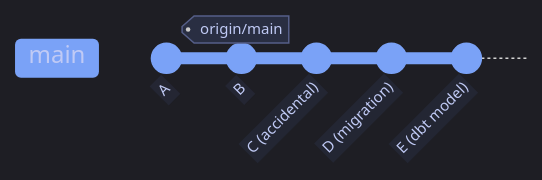
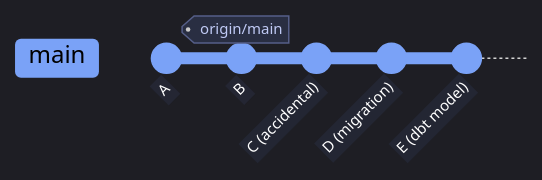
The third of 12 diagrams in content/08-Git/git-problems.md (alp78/elysium), drawn with Mermaid before and after one commit. The commit also changed other lines of this file and 64 other files, not shown here.

````diff
--- a/content/08-Git/git-problems.md
+++ b/content/08-Git/git-problems.md
@@ -399,16 +403,18 @@
 ```mermaid
 %%{init: {'theme': 'dark', 'themeVariables': {
   'git0': '#7aa2f7', 'git1': '#9ece6a', 'git2': '#e0af68', 'git3': '#f7768e',
   'git4': '#bb9af7', 'git5': '#7dcfff', 'git6': '#73daca', 'git7': '#ff9e64',
-  'gitBranchLabel0': '#c0caf5', 'gitBranchLabel1': '#c0caf5',
-  'gitBranchLabel2': '#c0caf5', 'gitBranchLabel3': '#c0caf5',
-  'commitLabelColor': '#c0caf5', 'commitLabelBackground': '#292e42',
+  'gitBranchLabel0': '#000000', 'gitBranchLabel1': '#000000',
+  'gitBranchLabel2': '#000000', 'gitBranchLabel3': '#000000',
+  'gitBranchLabel4': '#000000', 'gitBranchLabel5': '#000000',
+  'gitBranchLabel6': '#000000', 'gitBranchLabel7': '#000000',
+  'commitLabelColor': '#ffffff', 'commitLabelBackground': '#292e42',
   'tagLabelColor': '#c0caf5', 'tagLabelBackground': '#292e42', 'tagLabelBorder': '#565f89'
 }}}%%
 gitGraph
   commit id: "A"
   commit id: "B" tag: "origin/main"
   commit id: "C (accidental)"
   commit id: "D (migration)"
   commit id: "E (dbt model)"
 ```
````
